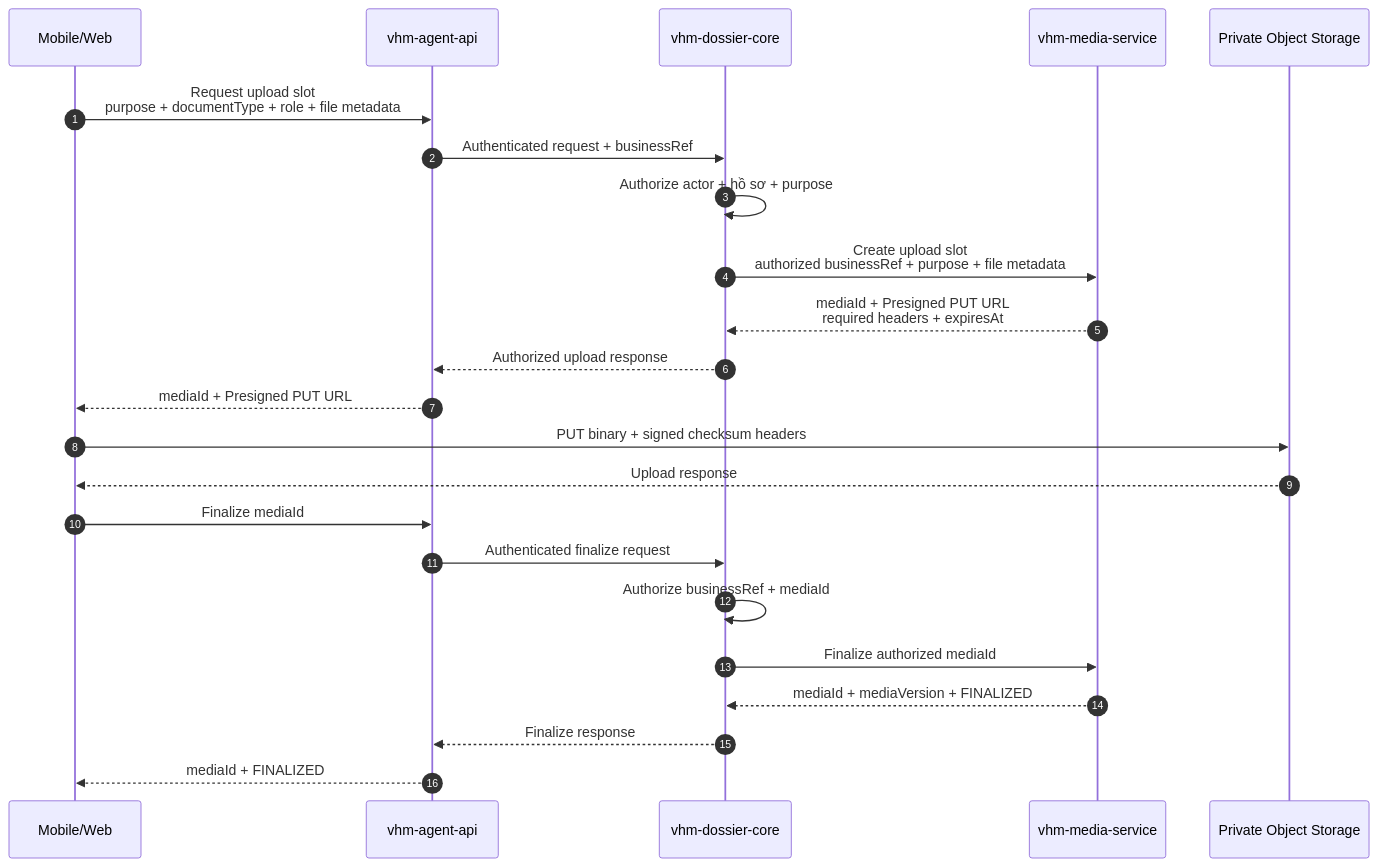
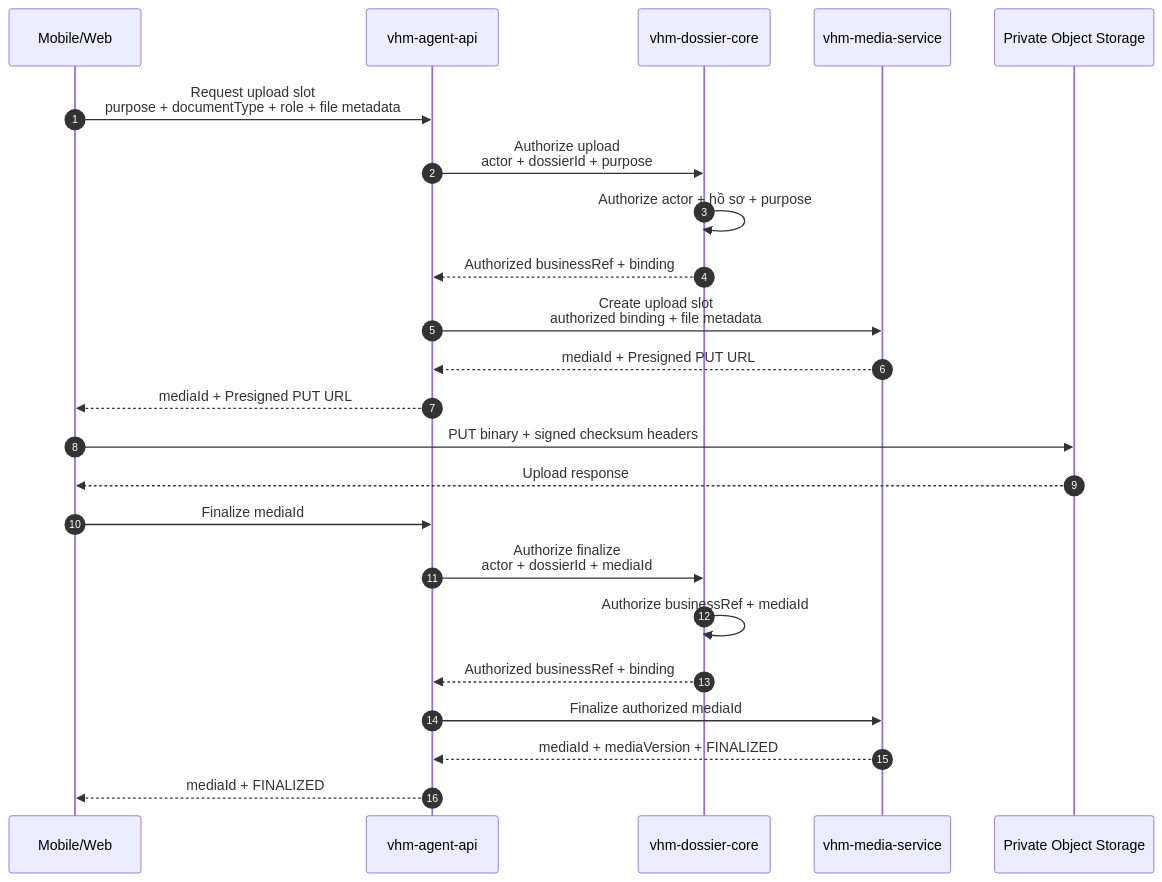
The third of 8 diagrams in noxh.md (huynv-xyz/vhm), drawn with Mermaid before and after one commit. The commit also changed other lines of this file, not shown here.

````diff
--- a/noxh.md
+++ b/noxh.md
@@ -168,28 +166,28 @@
 ```mermaid
 sequenceDiagram
     autonumber
     participant CLIENT as Mobile/Web
     participant BFF as vhm-agent-api
     participant DOSSIER as vhm-dossier-core
     participant MEDIA_API as vhm-media-service
     participant MEDIA as Private Object Storage
 
     CLIENT->>BFF: Request upload slot<br/>purpose + documentType + role + file metadata
-    BFF->>DOSSIER: Authenticated request + businessRef
+    BFF->>DOSSIER: Authorize upload<br/>actor + dossierId + purpose
     DOSSIER->>DOSSIER: Authorize actor + hồ sơ + purpose
-    DOSSIER->>MEDIA_API: Create upload slot<br/>authorized businessRef + purpose + file metadata
-    MEDIA_API-->>DOSSIER: mediaId + Presigned PUT URL<br/>required headers + expiresAt
-    DOSSIER-->>BFF: Authorized upload response
+    DOSSIER-->>BFF: Authorized businessRef + binding
+    BFF->>MEDIA_API: Create upload slot<br/>authorized binding + file metadata
+    MEDIA_API-->>BFF: mediaId + Presigned PUT URL
     BFF-->>CLIENT: mediaId + Presigned PUT URL
 
     CLIENT->>MEDIA: PUT binary + signed checksum headers
     MEDIA-->>CLIENT: Upload response
 
     CLIENT->>BFF: Finalize mediaId
-    BFF->>DOSSIER: Authenticated finalize request
+    BFF->>DOSSIER: Authorize finalize<br/>actor + dossierId + mediaId
     DOSSIER->>DOSSIER: Authorize businessRef + mediaId
-    DOSSIER->>MEDIA_API: Finalize authorized mediaId
-    MEDIA_API-->>DOSSIER: mediaId + mediaVersion + FINALIZED
-    DOSSIER-->>BFF: Finalize response
+    DOSSIER-->>BFF: Authorized businessRef + binding
+    BFF->>MEDIA_API: Finalize authorized mediaId
+    MEDIA_API-->>BFF: mediaId + mediaVersion + FINALIZED
     BFF-->>CLIENT: mediaId + FINALIZED
 ```
````
